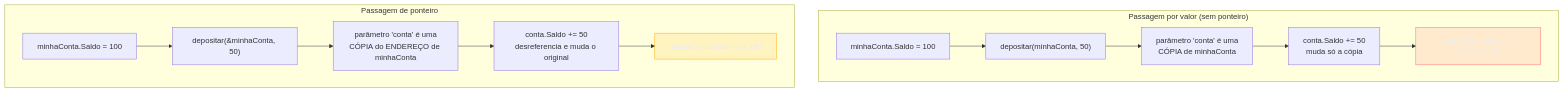
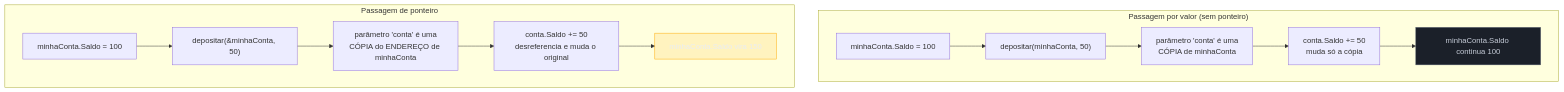
Before and after one commit to josenaldo/codex-technomanticus: the second of 3 diagrams in 03-Dominios/Tecnologia/Go/01 - Fundamentos e sintaxe/07 - Ponteiros e o modelo de memória.md, drawn with Mermaid. The commit also changed other lines of this file and 601 other files, not shown here.

````diff
--- a/03-Dominios/Tecnologia/Go/01 - Fundamentos e sintaxe/07 - Ponteiros e o modelo de memória.md
+++ b/03-Dominios/Tecnologia/Go/01 - Fundamentos e sintaxe/07 - Ponteiros e o modelo de memória.md
@@ -131,21 +131,21 @@
 ```mermaid
 flowchart TD
-    classDef falha fill:#FF6B6B24,stroke:#FF6B6B,color:#E9ECF2
+    classDef neutro fill:#1B2029,stroke:#4E5666,color:#C6CCD8
     classDef destaque fill:#FFAA0024,stroke:#FFAA00,color:#E9ECF2
     subgraph SemPonteiro["Passagem por valor (sem ponteiro)"]
         A1["minhaConta.Saldo = 100"] --> A2["depositar(minhaConta, 50)"]
         A2 --> A3["parâmetro 'conta' é uma\nCÓPIA de minhaConta"]
         A3 --> A4["conta.Saldo += 50\nmuda só a cópia"]
         A4 --> A5["minhaConta.Saldo continua 100"]
     end
 
     subgraph ComPonteiro["Passagem de ponteiro"]
         B1["minhaConta.Saldo = 100"] --> B2["depositar(&minhaConta, 50)"]
         B2 --> B3["parâmetro 'conta' é uma\nCÓPIA do ENDEREÇO de minhaConta"]
         B3 --> B4["conta.Saldo += 50\ndesreferencia e muda o original"]
         B4 --> B5["minhaConta.Saldo vira 150"]
     end
 
-    class A5 falha
+    class A5 neutro
     class B5 destaque
 ```
````
